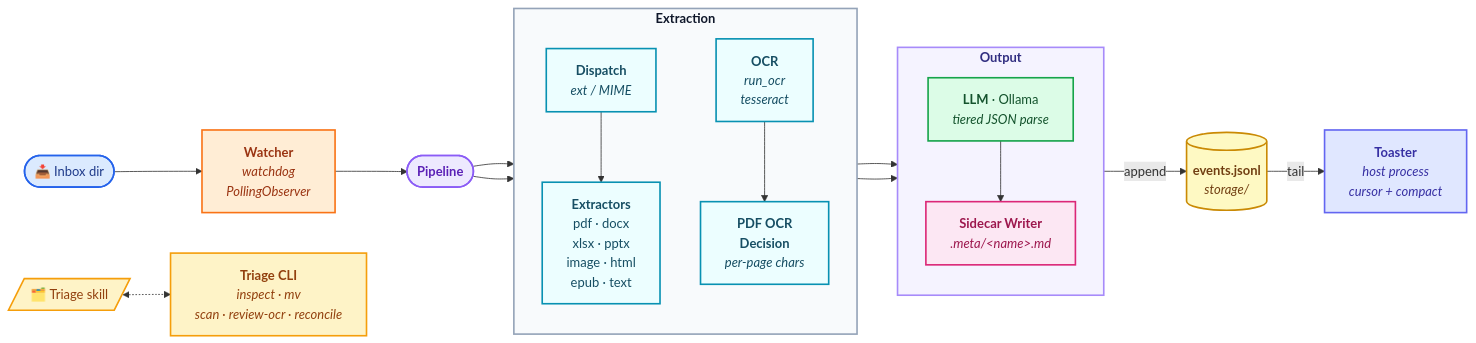
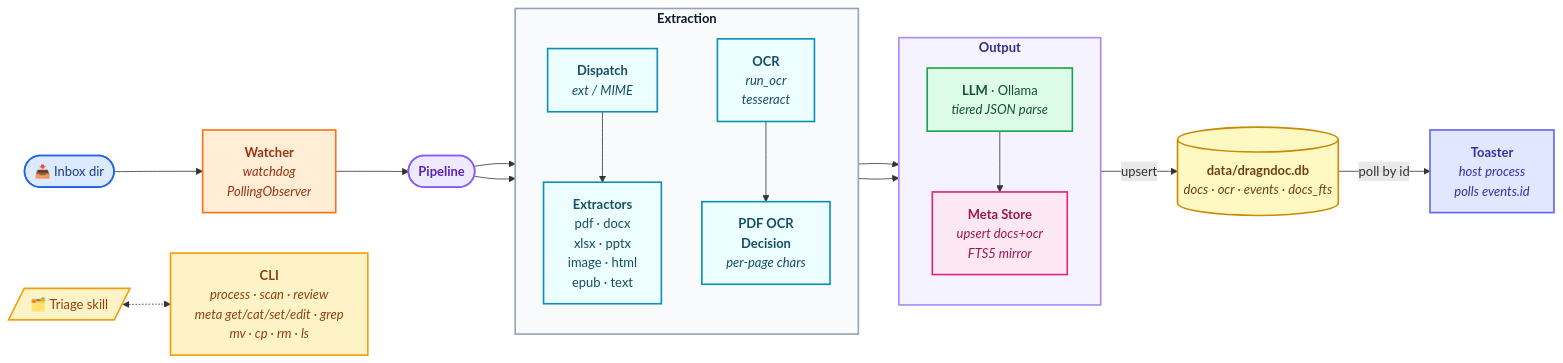
Before and after one commit to talraveh1/automafile: the diagram in architecture.md, drawn with Mermaid. The commit also changed other lines of this file and 39 other files, not shown here.

````diff
--- a/architecture.md
+++ b/architecture.md
@@ -3,46 +3,46 @@
 ```mermaid
 flowchart LR
    inbox(["📥 Inbox dir"]):::source
    watcher["<b>Watcher</b><br/><i>watchdog<br/>PollingObserver</i>"]:::watch
    pipeline(["<b>Pipeline</b>"]):::core
 
    subgraph extract ["<b>Extraction</b>"]
       direction TB
       dispatch["<b>Dispatch</b><br/><i>ext / MIME</i>"]:::stage
       extractors["<b>Extractors</b><br/>pdf · docx<br/>xlsx · pptx<br/>image · html<br/>epub · text"]:::stage
       ocr["<b>OCR</b><br/><i>run_ocr<br/>tesseract</i>"]:::stage
       ocr_decision["<b>PDF OCR<br/>Decision</b><br/><i>per-page chars</i>"]:::stage
    end
 
    subgraph output ["<b>Output</b>"]
       direction TB
       llm["<b>LLM</b> · Ollama<br/><i>tiered JSON parse</i>"]:::ai
-      writers["<b>Sidecar Writer</b><br/><i>.meta/&lt;name&gt;.md</i>"]:::write
+      writers["<b>Meta Store</b><br/><i>upsert docs+ocr<br/>FTS5 mirror</i>"]:::write
    end
 
-   events[("<b>events.jsonl</b><br/><i>storage/</i>")]:::journal
-   toaster["<b>Toaster</b><br/><i>host process<br/>cursor + compact</i>"]:::notify
+   db[("<b>data/dragndoc.db</b><br/><i>docs · ocr · events · docs_fts</i>")]:::journal
+   toaster["<b>Toaster</b><br/><i>host process<br/>polls events.id</i>"]:::notify
 
-   cli["<b>Triage CLI</b><br/><i>inspect · mv<br/>scan · review-ocr · reconcile</i>"]:::tool
+   cli["<b>CLI</b><br/><i>process · scan · review<br/>meta get/cat/set/edit · grep<br/>mv · cp · rm · ls</i>"]:::tool
    triage[/"🗂️ Triage skill"/]:::tool
 
    inbox --> watcher --> pipeline
    pipeline --> dispatch --> extractors --> output
    pipeline --> ocr --> ocr_decision --> output
    llm --> writers
-   writers -->|append| events
-   events -->|tail| toaster
+   writers -->|upsert| db
+   db -->|poll by id| toaster
    triage <-.-> cli
    style extract fill:#f8fafc,stroke:#94a3b8,stroke-width:2px,color:#0f172a
    style output fill:#f5f3ff,stroke:#a78bfa,stroke-width:2px,color:#312e81
 
    classDef source  fill:#dbeafe,stroke:#2563eb,stroke-width:2px,color:#1e3a8a
    classDef watch   fill:#ffedd5,stroke:#f97316,stroke-width:2px,color:#9a3412
    classDef core    fill:#ede9fe,stroke:#8b5cf6,stroke-width:2px,color:#5b21b6
    classDef stage   fill:#ecfeff,stroke:#0891b2,stroke-width:2px,color:#164e63
    classDef ai      fill:#dcfce7,stroke:#16a34a,stroke-width:2px,color:#14532d
    classDef write   fill:#fce7f3,stroke:#db2777,stroke-width:2px,color:#9d174d
    classDef journal fill:#fef9c3,stroke:#ca8a04,stroke-width:2px,color:#713f12
    classDef notify  fill:#e0e7ff,stroke:#6366f1,stroke-width:2px,color:#3730a3
    classDef tool    fill:#fef3c7,stroke:#f59e0b,stroke-width:2px,color:#92400e
 ```
````
